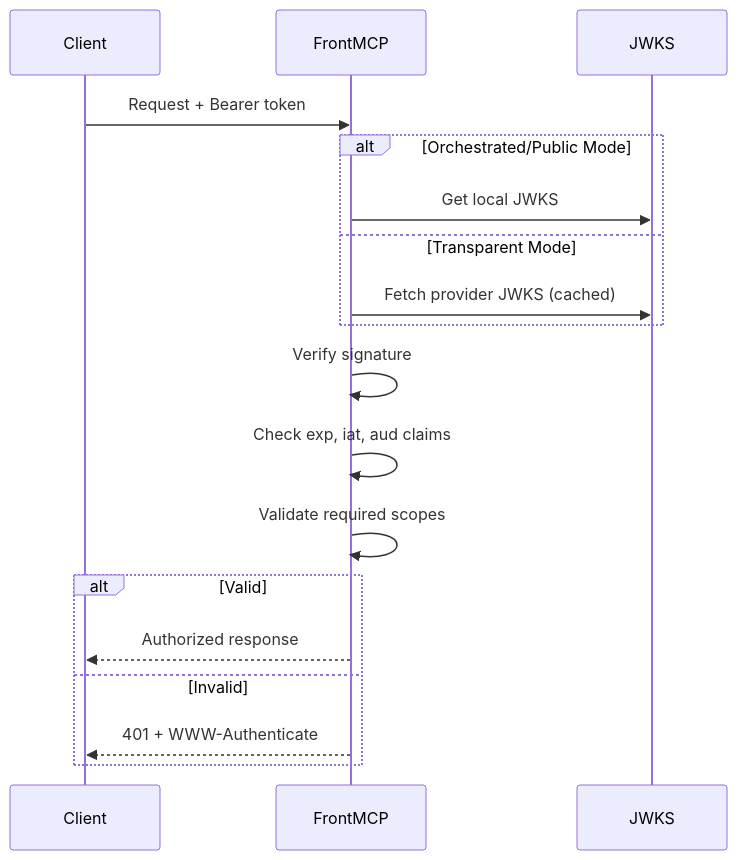
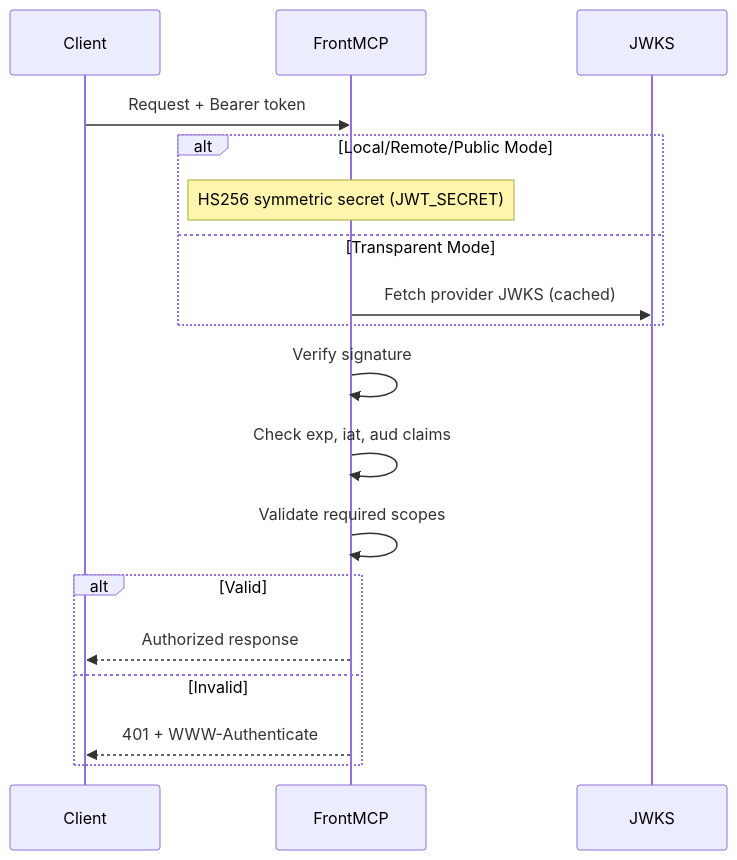
One commit to agentfront/frontmcp changed the second of 2 diagrams in docs/frontmcp/authentication/token.mdx. Above: the diagram before and after it, drawn with Mermaid. The commit also changed other lines of this file and 247 other files, not shown here.

````diff
--- a/docs/frontmcp/authentication/token.mdx
+++ b/docs/frontmcp/authentication/token.mdx
@@ -352,24 +339,24 @@
 ```mermaid
 sequenceDiagram
     participant Client
     participant FrontMCP
     participant JWKS
 
     Client->>FrontMCP: Request + Bearer token
 
-    alt Orchestrated/Public Mode
-        FrontMCP->>JWKS: Get local JWKS
+    alt Local/Remote/Public Mode
+        Note over FrontMCP: HS256 symmetric secret (JWT_SECRET)
     else Transparent Mode
         FrontMCP->>JWKS: Fetch provider JWKS (cached)
     end
 
     FrontMCP->>FrontMCP: Verify signature
     FrontMCP->>FrontMCP: Check exp, iat, aud claims
     FrontMCP->>FrontMCP: Validate required scopes
 
     alt Valid
         FrontMCP-->>Client: Authorized response
     else Invalid
         FrontMCP-->>Client: 401 + WWW-Authenticate
     end
 ```
````
